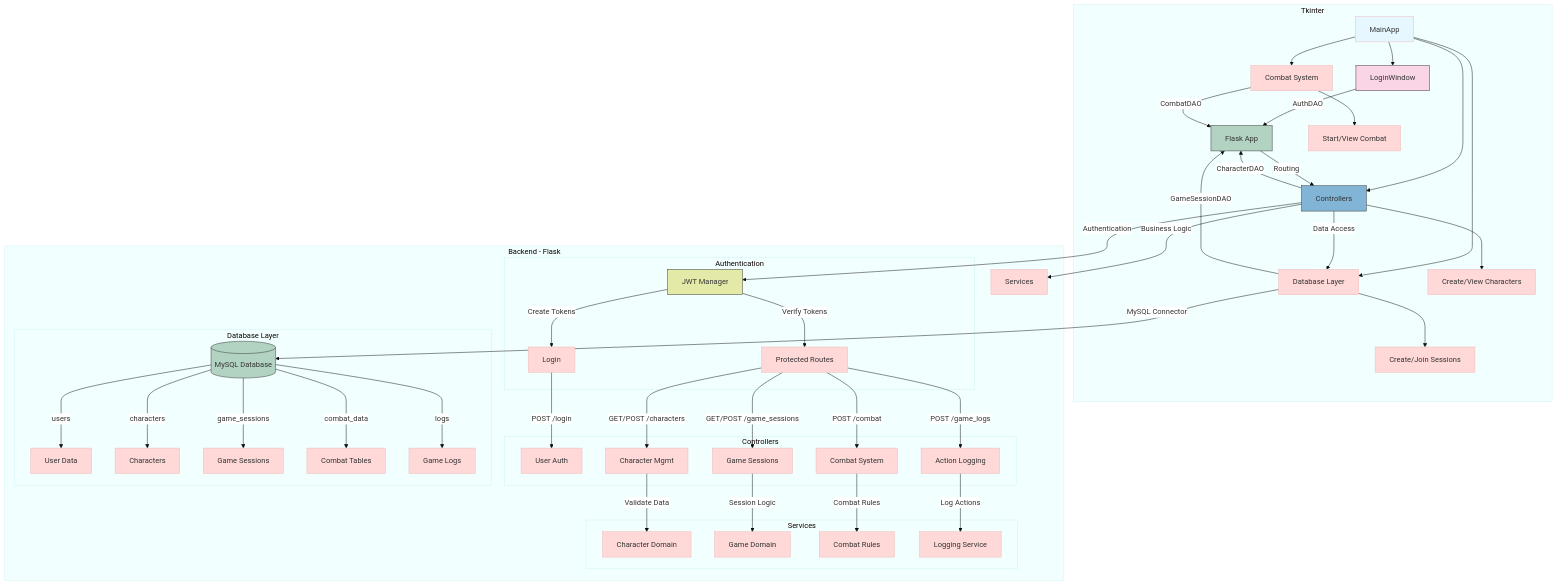
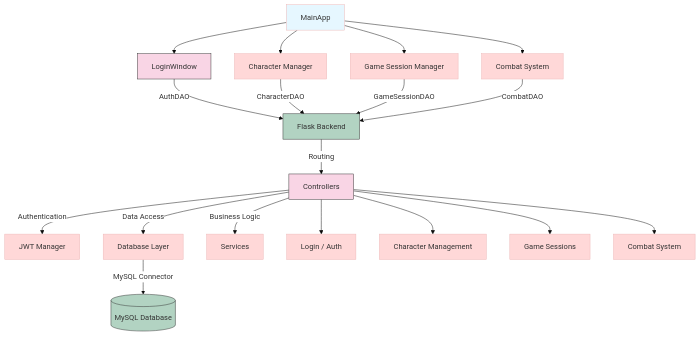
The diagram in Projecte_ROL/Backend/DiagramaArquitecturaBackendFrontend.mermaid (Ruben2006676/TapatApp), drawn with Mermaid before and after one commit.

Commit message:
DiagramaArquitecturaBackendFrontend.mermaid

```diff
--- a/Projecte_ROL/Backend/DiagramaArquitecturaBackendFrontend.mermaid
+++ b/Projecte_ROL/Backend/DiagramaArquitecturaBackendFrontend.mermaid
@@ -1,60 +1,34 @@
 %%{init: {'theme': 'base', 'themeVariables': { 'primaryColor': '#ffd8d8', 'edgeLabelBackground':'#ffffff'}}}%%
 graph TD
-    subgraph Frontend[Tkinter]
-        A[MainApp] --> B[LoginWindow]
-        A --> C[Character Manager]
-        A --> D[Game Session Manager]
-        A --> E[Combat System]
-        
-        B -->|AuthDAO| F[Backend]
-        C -->|CharacterDAO| F
-        D -->|GameSessionDAO| F
-        E -->|CombatDAO| F
-        
-        C --> G[Create/View Characters]
-        D --> H[Create/Join Sessions]
-        E --> I[Start/View Combat]
-    end
+    %% Frontend %%
+    A[MainApp] --> B[LoginWindow]
+    A --> C[Character Manager]
+    A --> D[Game Session Manager]
+    A --> E[Combat System]
+    
+    B -->|AuthDAO| F[Backend]
+    C -->|CharacterDAO| F
+    D -->|GameSessionDAO| F
+    E -->|CombatDAO| F
 
-    subgraph Backend[Backend - Flask]
-        F[Flask App] -->|Routing| C[Controllers]
-        C -->|Authentication| J[JWT Manager]
-        C -->|Data Access| D[Database Layer]
-        C -->|Business Logic| S[Services]
-        
-        subgraph Authentication
-            J -->|Create Tokens| L[Login]
-            J -->|Verify Tokens| P[Protected Routes]
-        end
+    %% Backend %%
+    F[Flask Backend] -->|Routing| G[Controllers]
+    G -->|Authentication| H[JWT Manager]
+    G -->|Data Access| I[Database Layer]
+    G -->|Business Logic| J[Services]
 
-        subgraph Controllers
-            L -->|POST /login| U[User Auth]
-            P -->|GET/POST /characters| CH[Character Mgmt]
-            P -->|GET/POST /game_sessions| GS[Game Sessions]
-            P -->|POST /combat| CM[Combat System]
-            P -->|POST /game_logs| GL[Action Logging]
-        end
+    %% Database %%
+    I -->|MySQL Connector| K[(MySQL Database)]
+    
+    %% Simplified Routes %%
+    G --> L[Login / Auth]
+    G --> M[Character Management]
+    G --> N[Game Sessions]
+    G --> O[Combat System]
 
-        subgraph Services
-            CH -->|Validate Data| CD[Character Domain]
-            GS -->|Session Logic| GD[Game Domain]
-            CM -->|Combat Rules| CR[Combat Rules]
-            GL -->|Log Actions| LD[Logging Service]
-        end
-
-        subgraph Database Layer
-            D -->|MySQL Connector| DB[(MySQL Database)]
-            DB -->|users| UD[User Data]
-            DB -->|characters| CDB[Characters]
-            DB -->|game_sessions| GDB[Game Sessions]
-            DB -->|combat_data| CMDB[Combat Tables]
-            DB -->|logs| LDB[Game Logs]
-        end
-    end
-
+    %% Styling %%
     style A fill:#e6f7ff
     style B fill:#f9d5e5,stroke:#333
-    style J fill:#e3eaa7,stroke:#333
-    style DB fill:#b2d3c2,stroke:#333
     style F fill:#b2d3c2,stroke:#333
-    style C fill:#82b4d6,stroke:#333
+    style G fill:#f9d5e5,stroke:#333
+    style K fill:#b2d3c2,stroke:#333
```
